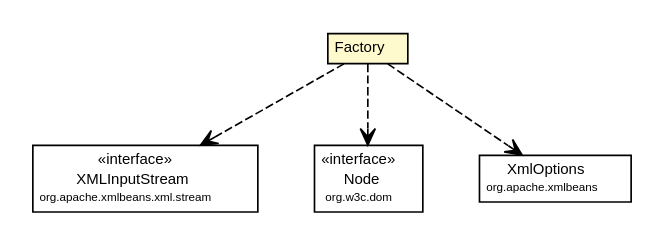
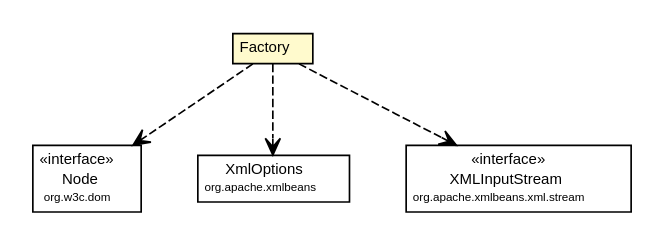
The diagram in site/apidocs/org/synchronoss/cpo/util/cpoUtilConfig/CpoUtilConfigDocument.Factory.dot (synchronoss/cpo-util), drawn with Graphviz before and after one commit. The commit also changed 301 other files, not shown here.

Commit message:
Creating site for cpoUtil, 5.1.1-SNAPSHOT

```diff
--- a/site/apidocs/org/synchronoss/cpo/util/cpoUtilConfig/CpoUtilConfigDocument.Factory.dot
+++ b/site/apidocs/org/synchronoss/cpo/util/cpoUtilConfig/CpoUtilConfigDocument.Factory.dot
@@ -1,45 +1,45 @@
 #!/usr/local/bin/dot
 #
 # Class diagram 
 # Generated by UmlGraph version 4.6 (http://www.spinellis.gr/sw/umlgraph)
 #
 
 digraph G {
 	edge [fontname="Helvetica",fontsize=10,labelfontname="Helvetica",labelfontsize=10];
 	node [fontname="Helvetica",fontsize=10,shape=plaintext];
 	// org.synchronoss.cpo.util.cpoUtilConfig.CpoUtilConfigDocument.Factory
 	c4841 [label=<<table border="0" cellborder="1" cellspacing="0" cellpadding="2" port="p" bgcolor="lemonChiffon" href="./CpoUtilConfigDocument.Factory.html">
 		<tr><td><table border="0" cellspacing="0" cellpadding="1">
 			<tr><td> Factory </td></tr>
 		</table></td></tr>
 		</table>>, fontname="Helvetica", fontcolor="black", fontsize=9.0];
+	// org.synchronoss.cpo.util.cpoUtilConfig.CpoUtilConfigDocument.Factory DEPEND org.w3c.dom.Node
+	c4841:p -> c4856:p [taillabel="", label="", headlabel="", fontname="Helvetica", fontcolor="black", fontsize=10.0, color="black", arrowhead=open, style=dashed];
+	// org.synchronoss.cpo.util.cpoUtilConfig.CpoUtilConfigDocument.Factory DEPEND org.apache.xmlbeans.XmlOptions
+	c4841:p -> c4857:p [taillabel="", label="", headlabel="", fontname="Helvetica", fontcolor="black", fontsize=10.0, color="black", arrowhead=open, style=dashed];
 	// org.synchronoss.cpo.util.cpoUtilConfig.CpoUtilConfigDocument.Factory DEPEND org.apache.xmlbeans.xml.stream.XMLInputStream
-	c4841:p -> c4856:p [taillabel="", label="", headlabel="", fontname="Helvetica", fontcolor="black", fontsize=10.0, color="black", arrowhead=open, style=dashed];
-	// org.synchronoss.cpo.util.cpoUtilConfig.CpoUtilConfigDocument.Factory DEPEND org.w3c.dom.Node
-	c4841:p -> c4857:p [taillabel="", label="", headlabel="", fontname="Helvetica", fontcolor="black", fontsize=10.0, color="black", arrowhead=open, style=dashed];
-	// org.synchronoss.cpo.util.cpoUtilConfig.CpoUtilConfigDocument.Factory DEPEND org.apache.xmlbeans.XmlOptions
 	c4841:p -> c4858:p [taillabel="", label="", headlabel="", fontname="Helvetica", fontcolor="black", fontsize=10.0, color="black", arrowhead=open, style=dashed];
 	// org.apache.xmlbeans.xml.stream.XMLInputStream
-	c4856 [label=<<table border="0" cellborder="1" cellspacing="0" cellpadding="2" port="p" href="http://java.sun.com/j2se/1.4.2/docs/api/org/apache/xmlbeans/xml/stream/XMLInputStream.html">
+	c4858 [label=<<table border="0" cellborder="1" cellspacing="0" cellpadding="2" port="p" href="http://java.sun.com/j2se/1.4.2/docs/api/org/apache/xmlbeans/xml/stream/XMLInputStream.html">
 		<tr><td><table border="0" cellspacing="0" cellpadding="1">
 			<tr><td> &laquo;interface&raquo; </td></tr>
 			<tr><td> XMLInputStream </td></tr>
 			<tr><td><font point-size="7.0"> org.apache.xmlbeans.xml.stream </font></td></tr>
 		</table></td></tr>
 		</table>>, fontname="Helvetica", fontcolor="black", fontsize=9.0];
 	// org.w3c.dom.Node
-	c4857 [label=<<table border="0" cellborder="1" cellspacing="0" cellpadding="2" port="p" href="http://java.sun.com/j2se/1.4.2/docs/api/org/w3c/dom/Node.html">
+	c4856 [label=<<table border="0" cellborder="1" cellspacing="0" cellpadding="2" port="p" href="http://java.sun.com/j2se/1.4.2/docs/api/org/w3c/dom/Node.html">
 		<tr><td><table border="0" cellspacing="0" cellpadding="1">
 			<tr><td> &laquo;interface&raquo; </td></tr>
 			<tr><td> Node </td></tr>
 			<tr><td><font point-size="7.0"> org.w3c.dom </font></td></tr>
 		</table></td></tr>
 		</table>>, fontname="Helvetica", fontcolor="black", fontsize=9.0];
 	// org.apache.xmlbeans.XmlOptions
-	c4858 [label=<<table border="0" cellborder="1" cellspacing="0" cellpadding="2" port="p" href="http://java.sun.com/j2se/1.4.2/docs/api/org/apache/xmlbeans/XmlOptions.html">
+	c4857 [label=<<table border="0" cellborder="1" cellspacing="0" cellpadding="2" port="p" href="http://java.sun.com/j2se/1.4.2/docs/api/org/apache/xmlbeans/XmlOptions.html">
 		<tr><td><table border="0" cellspacing="0" cellpadding="1">
 			<tr><td> XmlOptions </td></tr>
 			<tr><td><font point-size="7.0"> org.apache.xmlbeans </font></td></tr>
 		</table></td></tr>
 		</table>>, fontname="Helvetica", fontcolor="black", fontsize=9.0];
 }
```
